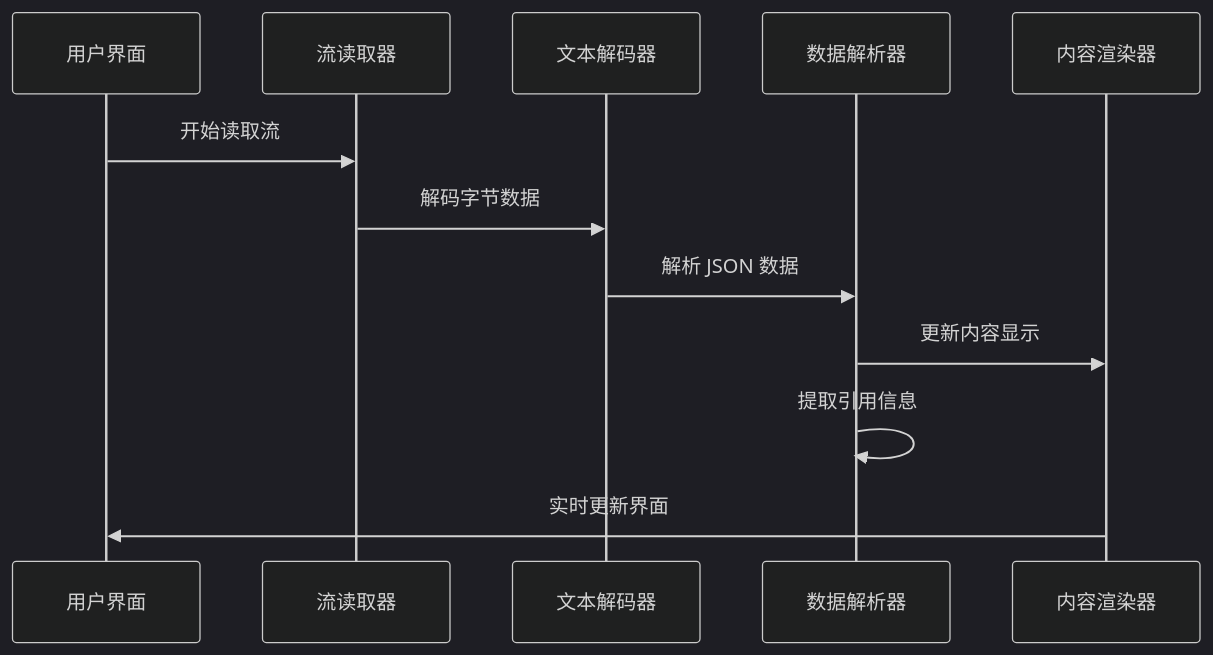
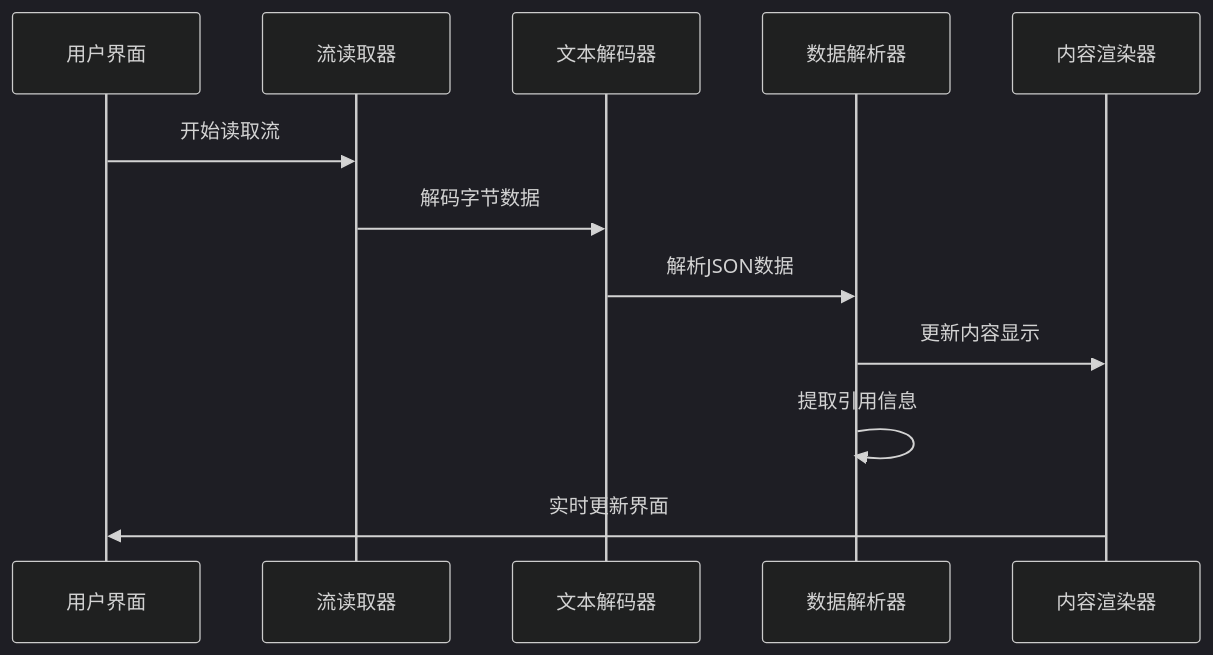
Before and after one commit to lbl-bm/notebookLM-clone: the fifth of 8 diagrams in .qoder/repowiki/zh/content/RAG 问答系统/流式输出实现.md, drawn with Mermaid (dark theme). The commit also changed other lines of this file and 3 other files, not shown here.

````diff
--- a/.qoder/repowiki/zh/content/RAG 问答系统/流式输出实现.md
+++ b/.qoder/repowiki/zh/content/RAG 问答系统/流式输出实现.md
@@ -205,14 +242,14 @@
 ```mermaid
 sequenceDiagram
 participant UI as 用户界面
 participant Reader as 流读取器
 participant Decoder as 文本解码器
 participant Parser as 数据解析器
 participant Renderer as 内容渲染器
 UI->>Reader : 开始读取流
 Reader->>Decoder : 解码字节数据
-Decoder->>Parser : 解析 JSON 数据
+Decoder->>Parser : 解析JSON数据
 Parser->>Renderer : 更新内容显示
 Parser->>Parser : 提取引用信息
 Renderer->>UI : 实时更新界面
 ```
````
